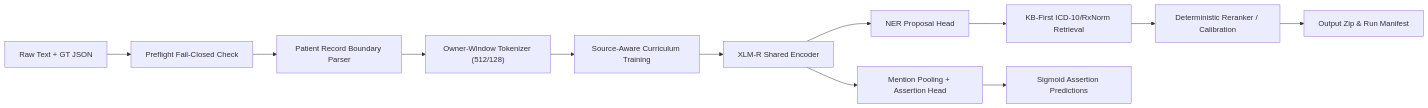
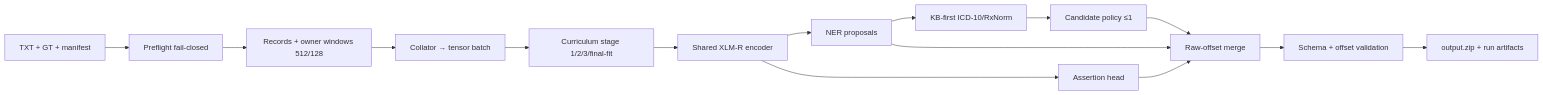
Before and after one commit to takumi612/AI-Race-Viettel: the diagram in v2/PIPELINE_VI.md, drawn with Mermaid. The commit also changed other lines of this file and 29 other files, not shown here.

````diff
--- a/v2/PIPELINE_VI.md
+++ b/v2/PIPELINE_VI.md
@@ -6,14 +7,17 @@
 ```mermaid
 flowchart LR
-  A["Raw Text + GT JSON"] --> B["Preflight Fail-Closed Check"]
-  B --> C["Patient Record Boundary Parser"]
-  C --> D["Owner-Window Tokenizer (512/128)"]
-  D --> E["Source-Aware Curriculum Training"]
-  E --> F["XLM-R Shared Encoder"]
-  F --> G["NER Proposal Head"]
-  F --> H["Mention Pooling + Assertion Head"]
-  G --> I["KB-First ICD-10/RxNorm Retrieval"]
-  H --> J["Sigmoid Assertion Predictions"]
-  I --> K["Deterministic Reranker / Calibration"]
-  K --> L["Output Zip & Run Manifest"]
+  A["TXT + GT + manifest"] --> B["Preflight fail-closed"]
+  B --> C["Records + owner windows 512/128"]
+  C --> D["Collator → tensor batch"]
+  D --> E["Curriculum stage 1/2/3/final-fit"]
+  E --> F["Shared XLM-R encoder"]
+  F --> G["NER proposals"]
+  F --> H["Assertion head"]
+  G --> I["KB-first ICD-10/RxNorm"]
+  I --> J["Candidate policy ≤1"]
+  G --> K["Raw-offset merge"]
+  H --> K
+  J --> K
+  K --> L["Schema + offset validation"]
+  L --> M["output.zip + run artifacts"]
 ```
````
